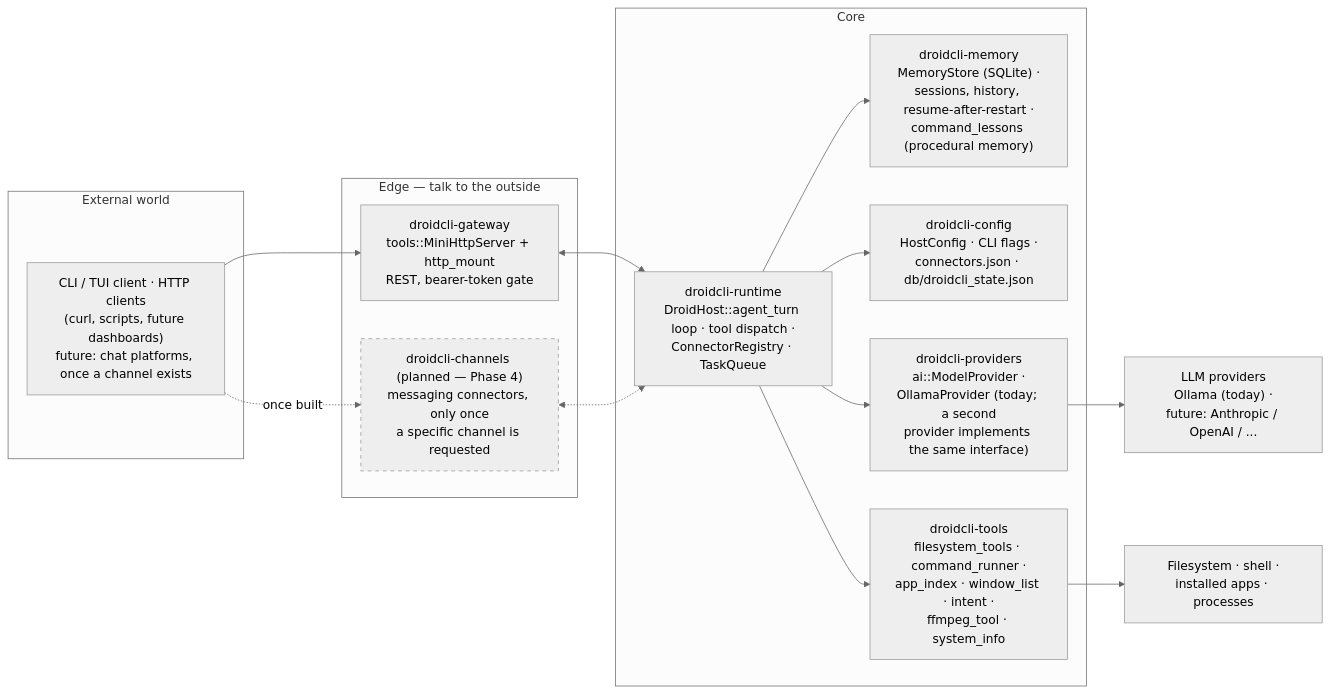
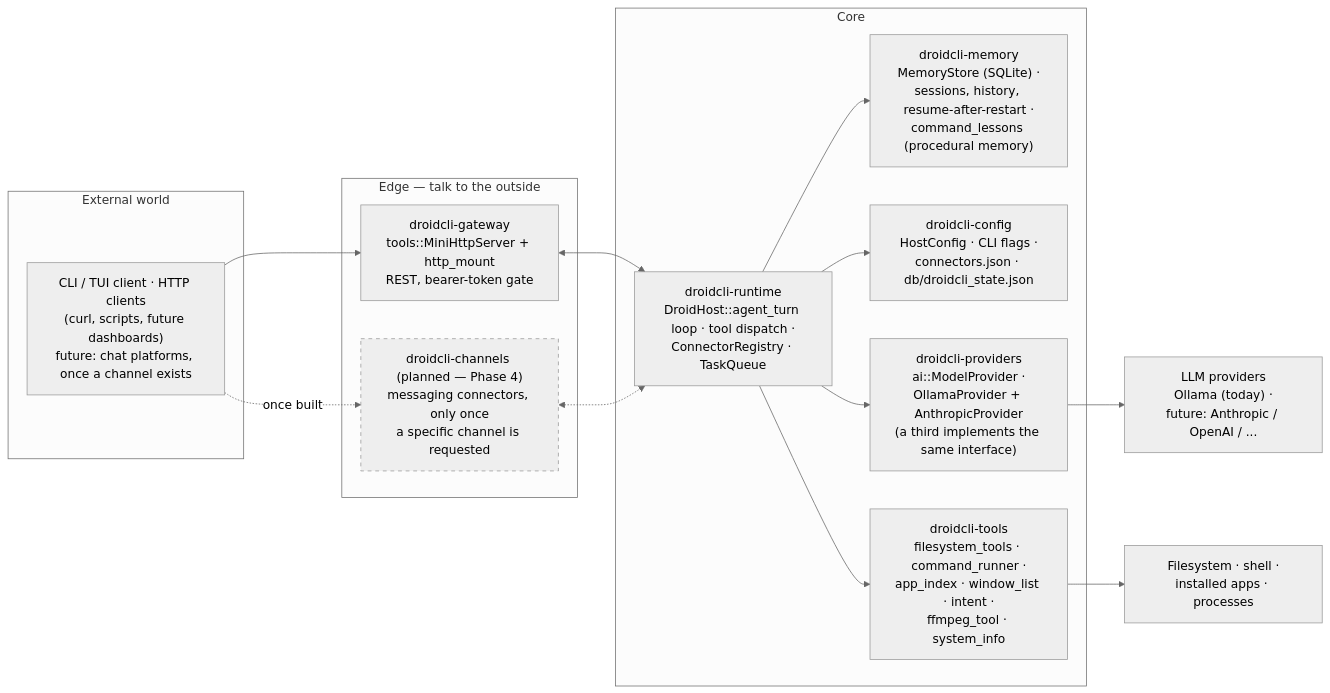
One commit to vecnode/droidcli changed the fourth of 5 diagrams in ARCHITECTURE.md. Above: the diagram before and after it, drawn with Mermaid (neutral theme). The commit also changed other lines of this file and 13 other files, not shown here.

First line of the commit message:
Windows execution ruleset (trust-ordered resolution + pre-approval verification), plus ARCHITECTURE.md cleanup (#61)

````diff
--- a/ARCHITECTURE.md
+++ b/ARCHITECTURE.md
@@ -720,36 +788,36 @@
 ```mermaid
 flowchart LR
     subgraph EXT["External world"]
         CLIENTS["CLI / TUI client · HTTP clients\n(curl, scripts, future dashboards)\nfuture: chat platforms, once a channel exists"]
     end
 
     subgraph EDGE["Edge — talk to the outside"]
         GATEWAY["droidcli-gateway\ntools::MiniHttpServer + http_mount\nREST, bearer-token gate"]
         CHANNELS["droidcli-channels (planned — Phase 4)\nmessaging connectors, only once\na specific channel is requested"]
     end
 
     subgraph CORE["Core"]
         RUNTIME["droidcli-runtime\nDroidHost::agent_turn loop · tool dispatch ·\nConnectorRegistry · TaskQueue"]
         MEMORY["droidcli-memory\nMemoryStore (SQLite) ·\nsessions, history, resume-after-restart ·\ncommand_lessons (procedural memory)"]
         CONFIG["droidcli-config\nHostConfig · CLI flags ·\nconnectors.json · db/droidcli_state.json"]
-        PROVIDERS["droidcli-providers\nai::ModelProvider ·\nOllamaProvider (today; a second\nprovider implements the same interface)"]
+        PROVIDERS["droidcli-providers\nai::ModelProvider ·\nOllamaProvider + AnthropicProvider\n(a third implements the same interface)"]
         TOOLS["droidcli-tools\nfilesystem_tools · command_runner ·\napp_index · window_list · intent ·\nffmpeg_tool · system_info"]
         RUNTIME --> MEMORY
         RUNTIME --> CONFIG
         RUNTIME --> PROVIDERS
         RUNTIME --> TOOLS
     end
 
     LLM["LLM providers\nOllama (today) ·\nfuture: Anthropic / OpenAI / ..."]
     OS["Filesystem · shell ·\ninstalled apps · processes"]
 
     CLIENTS --> GATEWAY
     CLIENTS -.->|"once built"| CHANNELS
     GATEWAY <--> RUNTIME
     CHANNELS <-.-> RUNTIME
     PROVIDERS --> LLM
     TOOLS --> OS
 
     classDef planned stroke-dasharray: 5 5;
     class CHANNELS planned;
 ```
````
